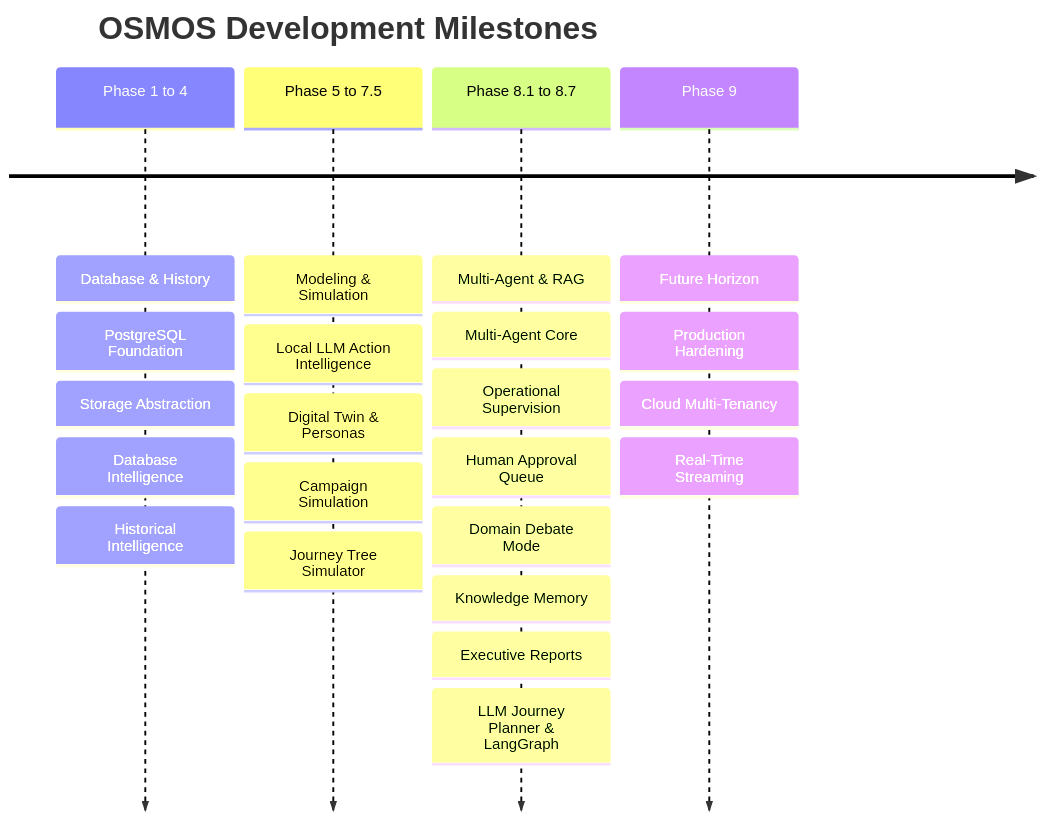
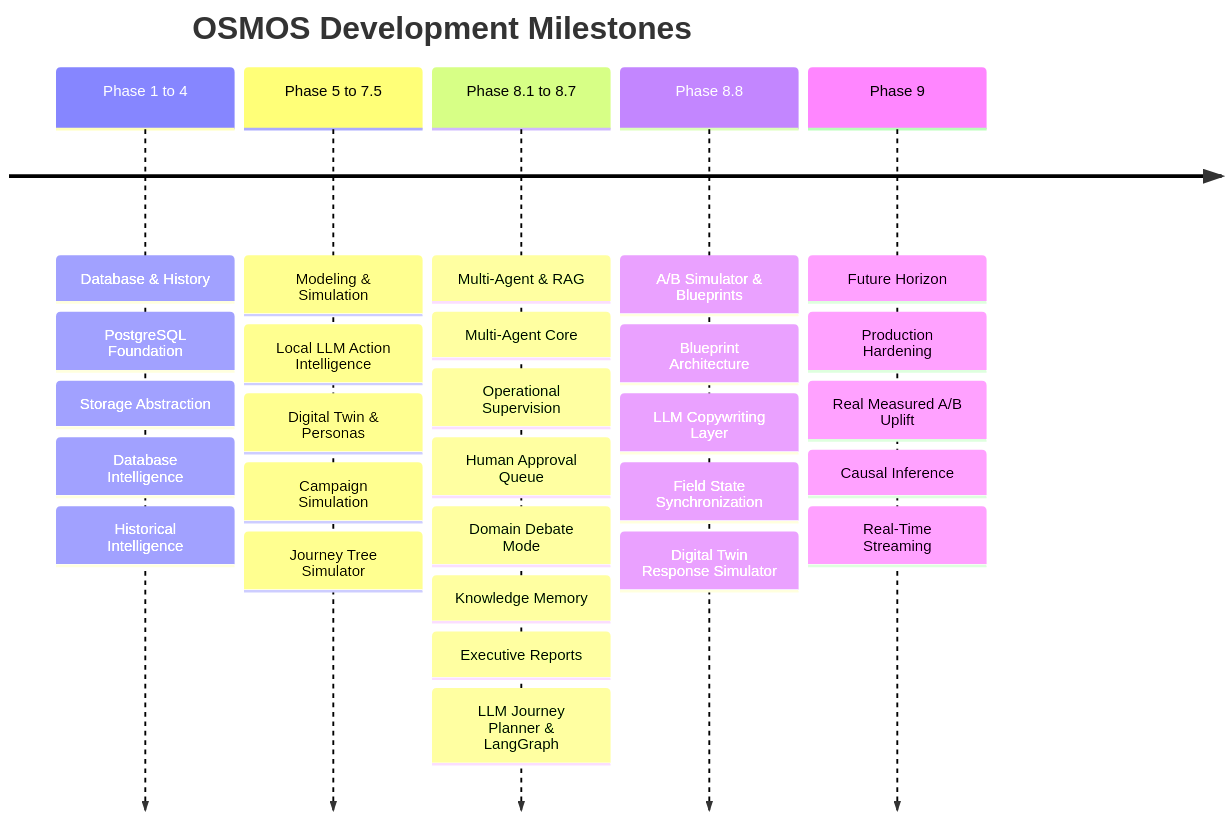
The diagram in docs/OSMOS_Roadmap.md (ZAKARIAE48CHELLE/Digital-Twin-Client-Classification), drawn with Mermaid before and after one commit. The commit also changed other lines of this file and 12 other files, not shown here.

````diff
--- a/docs/OSMOS_Roadmap.md
+++ b/docs/OSMOS_Roadmap.md
@@ -9,8 +9,9 @@
 ```mermaid
 timeline
     title OSMOS Development Milestones
     Phase 1 to 4 : Database & History : PostgreSQL Foundation : Storage Abstraction : Database Intelligence : Historical Intelligence
     Phase 5 to 7.5 : Modeling & Simulation : Local LLM Action Intelligence : Digital Twin & Personas : Campaign Simulation : Journey Tree Simulator
     Phase 8.1 to 8.7 : Multi-Agent & RAG : Multi-Agent Core : Operational Supervision : Human Approval Queue : Domain Debate Mode : Knowledge Memory : Executive Reports : LLM Journey Planner & LangGraph
-    Phase 9 : Future Horizon : Production Hardening : Cloud Multi-Tenancy : Real-Time Streaming
+    Phase 8.8 : A/B Simulator & Blueprints : Blueprint Architecture : LLM Copywriting Layer : Field State Synchronization : Digital Twin Response Simulator
+    Phase 9 : Future Horizon : Production Hardening : Real Measured A/B Uplift : Causal Inference : Real-Time Streaming
 ```
````
